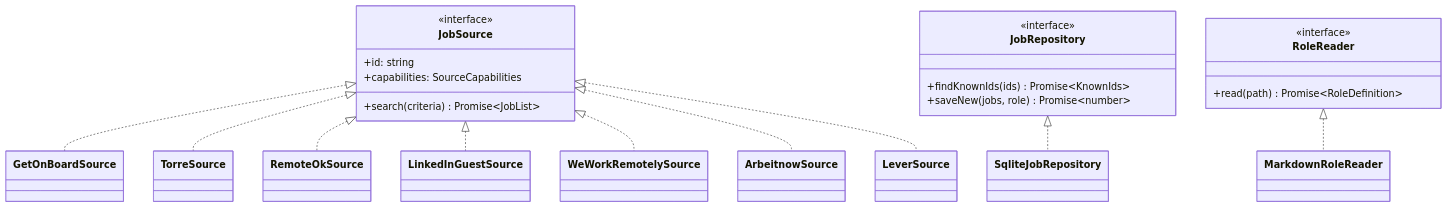
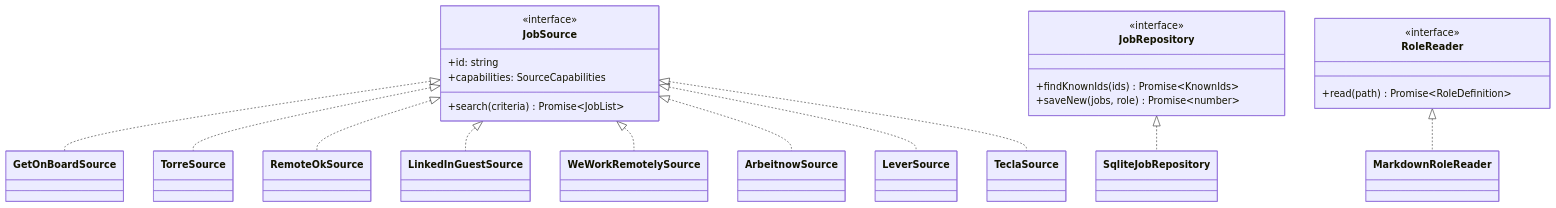
The third of 6 diagrams in docs/ARCHITECTURE.md (jesersu/searchJob), drawn with Mermaid before and after one commit. The commit also changed other lines of this file and 6 other files, not shown here.

Commit message:
feat(sources): add Tecla public jobs source

````diff
--- a/docs/ARCHITECTURE.md
+++ b/docs/ARCHITECTURE.md
@@ -111,28 +112,29 @@
 ```mermaid
 classDiagram
     class JobSource {
         <<interface>>
         +id: string
         +capabilities: SourceCapabilities
         +search(criteria) Promise~JobList~
     }
     class JobRepository {
         <<interface>>
         +findKnownIds(ids) Promise~KnownIds~
         +saveNew(jobs, role) Promise~number~
     }
     class RoleReader {
         <<interface>>
         +read(path) Promise~RoleDefinition~
     }
 
     JobSource <|.. GetOnBoardSource
     JobSource <|.. TorreSource
     JobSource <|.. RemoteOkSource
     JobSource <|.. LinkedInGuestSource
     JobSource <|.. WeWorkRemotelySource
     JobSource <|.. ArbeitnowSource
     JobSource <|.. LeverSource
+    JobSource <|.. TeclaSource
     JobRepository <|.. SqliteJobRepository
     RoleReader <|.. MarkdownRoleReader
 ```
````
